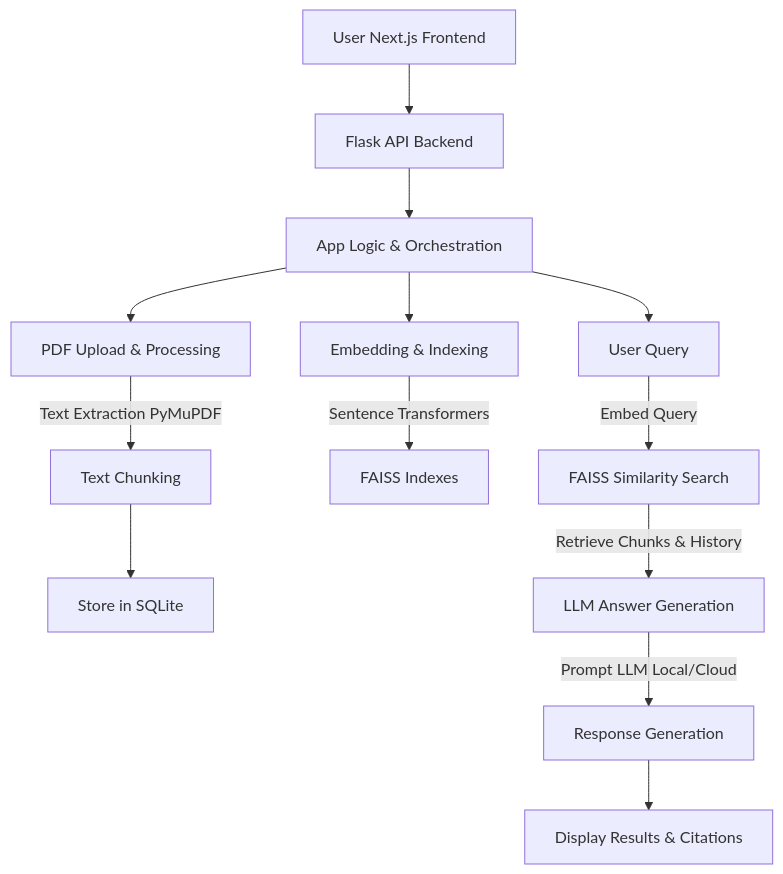
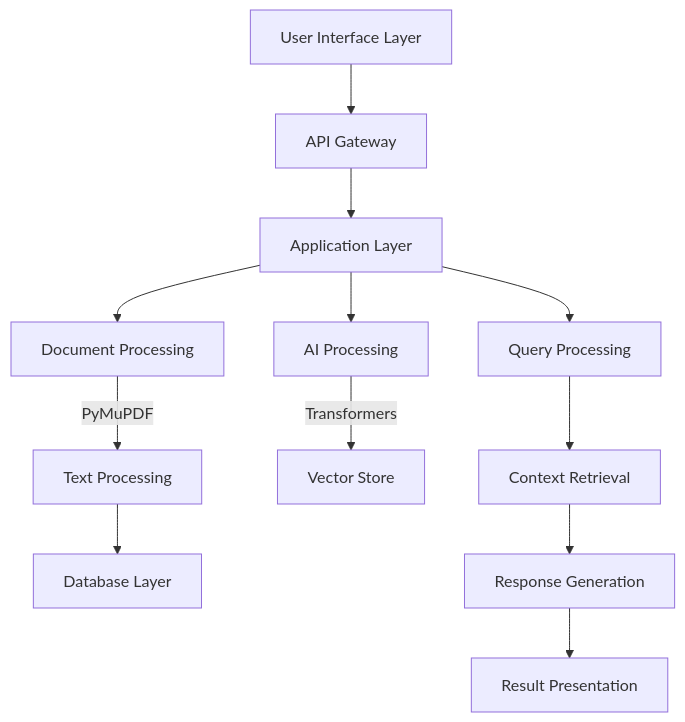
Before and after one commit to Kedhareswer/QuantumPDF_ChatApp_VectorDB: the diagram in README.md, drawn with Mermaid. The commit also changed other lines of this file, not shown here.

````diff
--- a/README.md
+++ b/README.md
@@ -161,19 +65,17 @@
 ```mermaid
 graph TD
-    A1[User Next.js Frontend] --> A2[Flask API Backend]
-    A2 --> B[App Logic & Orchestration]
+    A1[User Interface Layer] --> A2[API Gateway]
+    A2 --> B[Application Layer]
     
-    B --> C1[PDF Upload & Processing]
-    C1 -->|Text Extraction PyMuPDF| C2[Text Chunking]
-    C2 --> C3[Store in SQLite]
+    B --> C1[Document Processing]
+    C1 -->|PyMuPDF| C2[Text Processing]
+    C2 --> C3[Database Layer]
     
-    B --> D1[Embedding & Indexing]
-    D1 -->|Sentence Transformers| D2[FAISS Indexes]
+    B --> D1[AI Processing]
+    D1 -->|Transformers| D2[Vector Store]
     
-    B --> E1[User Query]
-    E1 -->|Embed Query| E2[FAISS Similarity Search]
-    E2 -->|Retrieve Chunks & History| F1[LLM Answer Generation]
-    F1 -->|Prompt LLM Local/Cloud| F2[Response Generation]
-    F2 --> G[Display Results & Citations]
-
+    B --> E1[Query Processing]
+    E1 --> E2[Context Retrieval]
+    E2 --> F1[Response Generation]
+    F1 --> G[Result Presentation]
 ```
````
